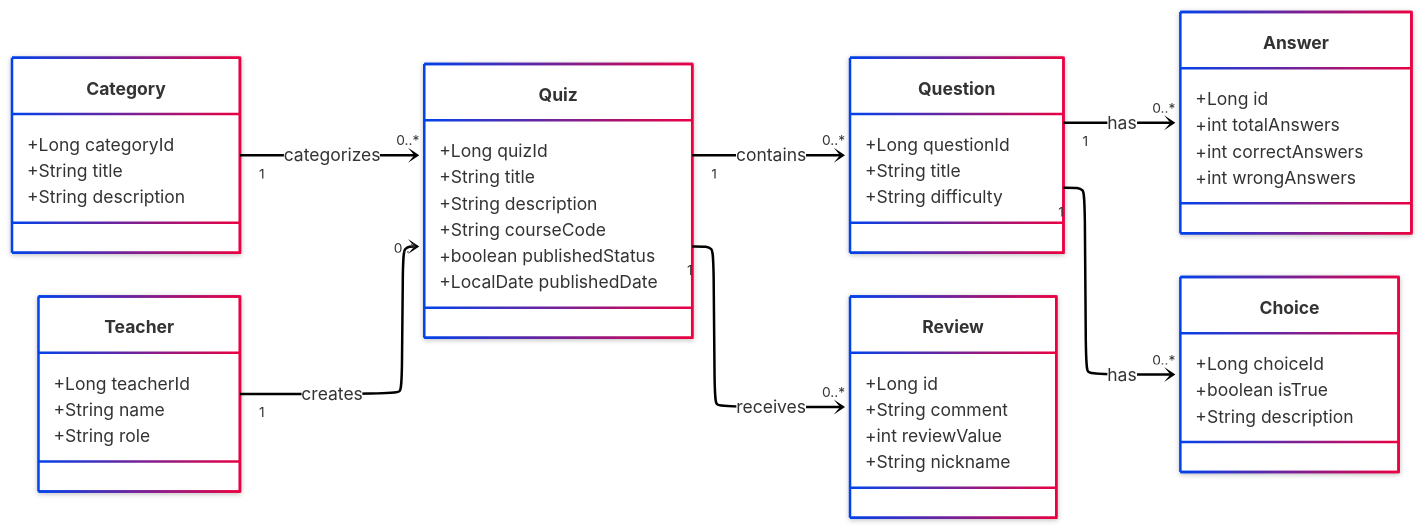
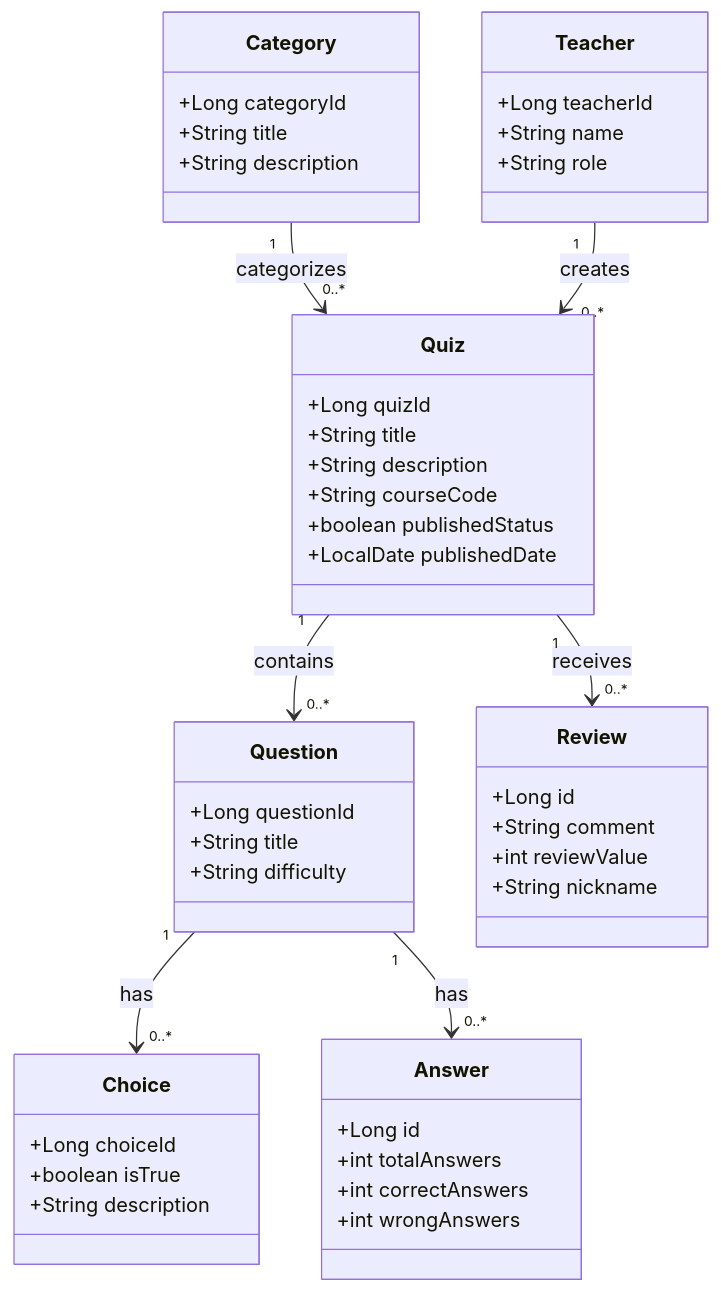
One commit to FullFlip/Quizzer changed the diagram in README.md. Above: the diagram before and after it, drawn with Mermaid.

````diff
--- a/README.md
+++ b/README.md
@@ -49,56 +49,51 @@
 ```mermaid
----
-config:
-  look: neo
-  theme: neo
-  layout: elk
----
+
 classDiagram
-direction LR
+
 class Answer {
       +Long id
       +int totalAnswers
       +int correctAnswers
       +int wrongAnswers
   }
   class Category {
       +Long categoryId
       +String title
       +String description
   }
   class Choice {
       +Long choiceId
       +boolean isTrue
       +String description
   }
   class Question {
       +Long questionId
       +String title
       +String difficulty
   }
   class Quiz {
       +Long quizId
       +String title
       +String description
       +String courseCode
       +boolean publishedStatus
       +LocalDate publishedDate
   }
   class Review {
       +Long id
       +String comment
       +int reviewValue
       +String nickname
   }
   class Teacher {
       +Long teacherId
       +String name
       +String role
   }
   Question "1" --> "0..*" Choice : has
   Question "1" --> "0..*" Answer : has
   Quiz "1" --> "0..*" Question : contains
   Category "1" --> "0..*" Quiz : categorizes
   Teacher "1" --> "0..*" Quiz : creates
   Quiz "1" --> "0..*" Review : receives
 ```
````
